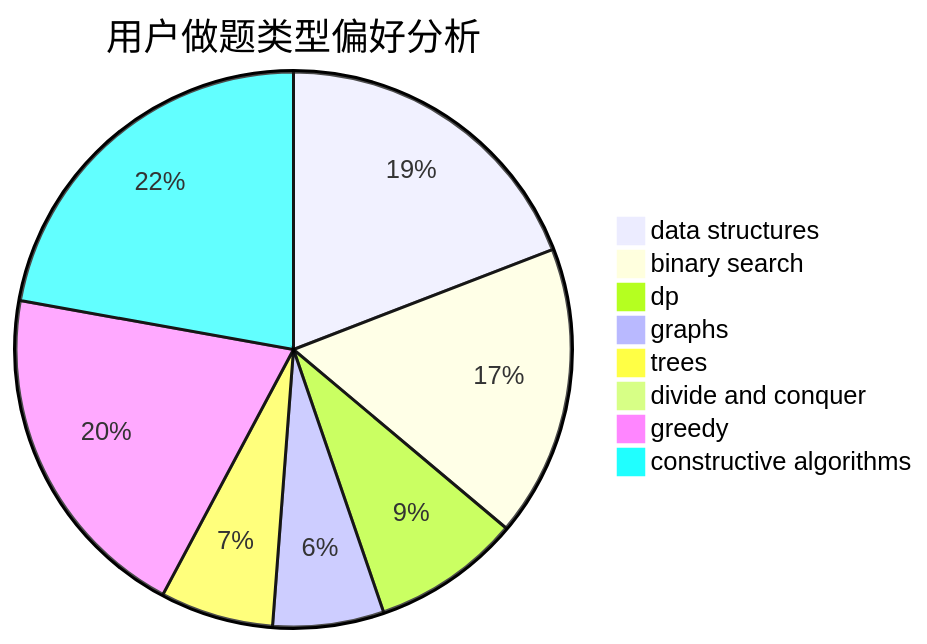
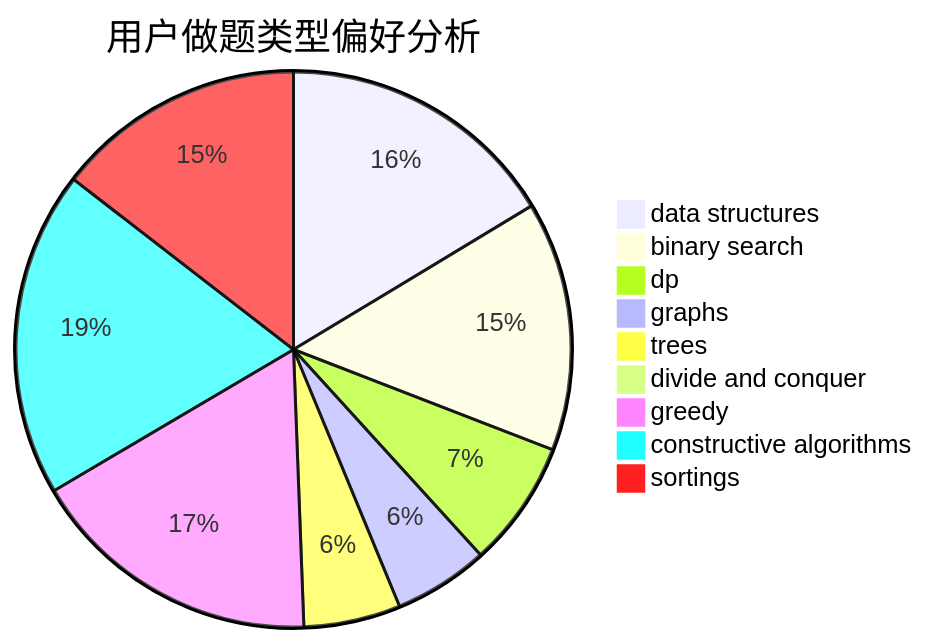
Before and after one commit to sherpahu/cfrs.github.io: the second of 3 diagrams in docs/user/u982.md, drawn with Mermaid. The commit also changed other lines of this file and 2769 other files, not shown here.

````diff
--- a/docs/user/u982.md
+++ b/docs/user/u982.md
@@ -23,11 +18,12 @@
 ```mermaid
 pie title 用户做题类型偏好分析
     "data structures" :  151
     "binary search" :  134
     "dp" :  68
     "graphs" :  51
     "trees" :  52
     "divide and conquer" :  0
     "greedy" :  158
     "constructive algorithms" :  175
+    "sortings" :  134
 ```
````
